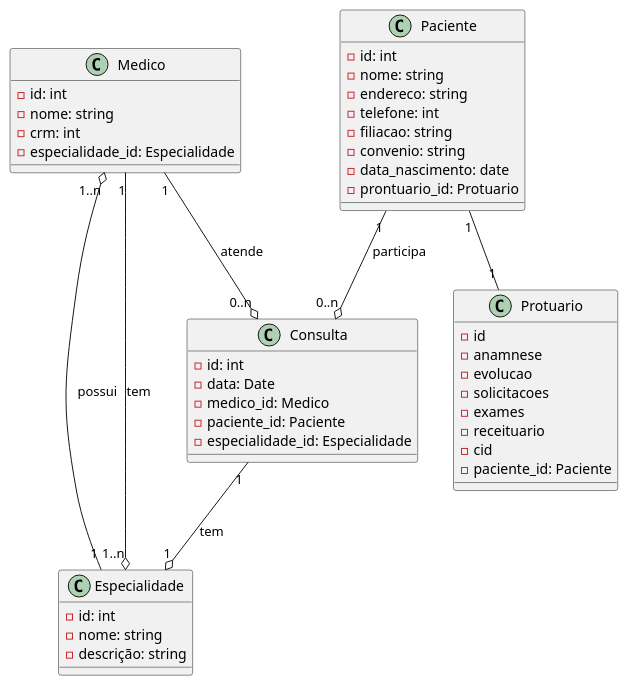
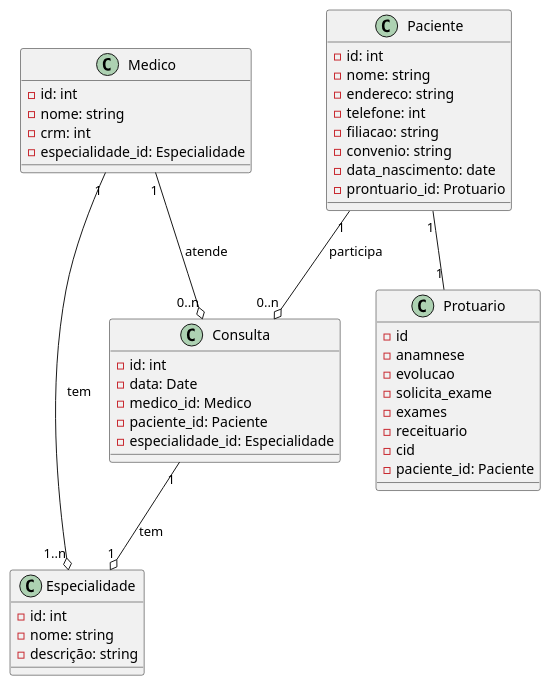
The diagram in src/main/resources/diagrams/diagramaDeClasses.puml (geneves97/clinica), drawn with PlantUML before and after one commit.

Commit message:
feat[#2]: ajustando diagrama de classes

```diff
--- a/src/main/resources/diagrams/diagramaDeClasses.puml
+++ b/src/main/resources/diagrams/diagramaDeClasses.puml
@@ -1,53 +1,53 @@
 @startuml
 
 class Medico {
   - id: int
   - nome: string
   - crm: int
   - especialidade_id: Especialidade
 }
 
 class Paciente {
   - id: int
   - nome: string
   - endereco: string
   - telefone: int
   - filiacao: string
   - convenio: string
   - data_nascimento: date
   - prontuario_id: Protuario
 }
 
 class Protuario {
   - id
   - anamnese
   - evolucao
-  - solicitacoes
+  - solicita_exame
   - exames
   - receituario
   - cid
   - paciente_id: Paciente
 }
 
 class Consulta {
   - id: int
   - data: Date
   - medico_id: Medico
   - paciente_id: Paciente
   - especialidade_id: Especialidade
 }
 
 class Especialidade {
   - id: int
   - nome: string
   - descrição: string
 }
 
 Medico "1" --o "0..n" Consulta : atende
 Paciente "1" --o "0..n" Consulta : participa
 Medico "1" --o "1..n" Especialidade : tem
-Especialidade "1" --o "1..n" Medico : possui
+
 Consulta "1" --o "1" Especialidade: tem
 Paciente "1" --O "1" Protuario
 
 @enduml
```
